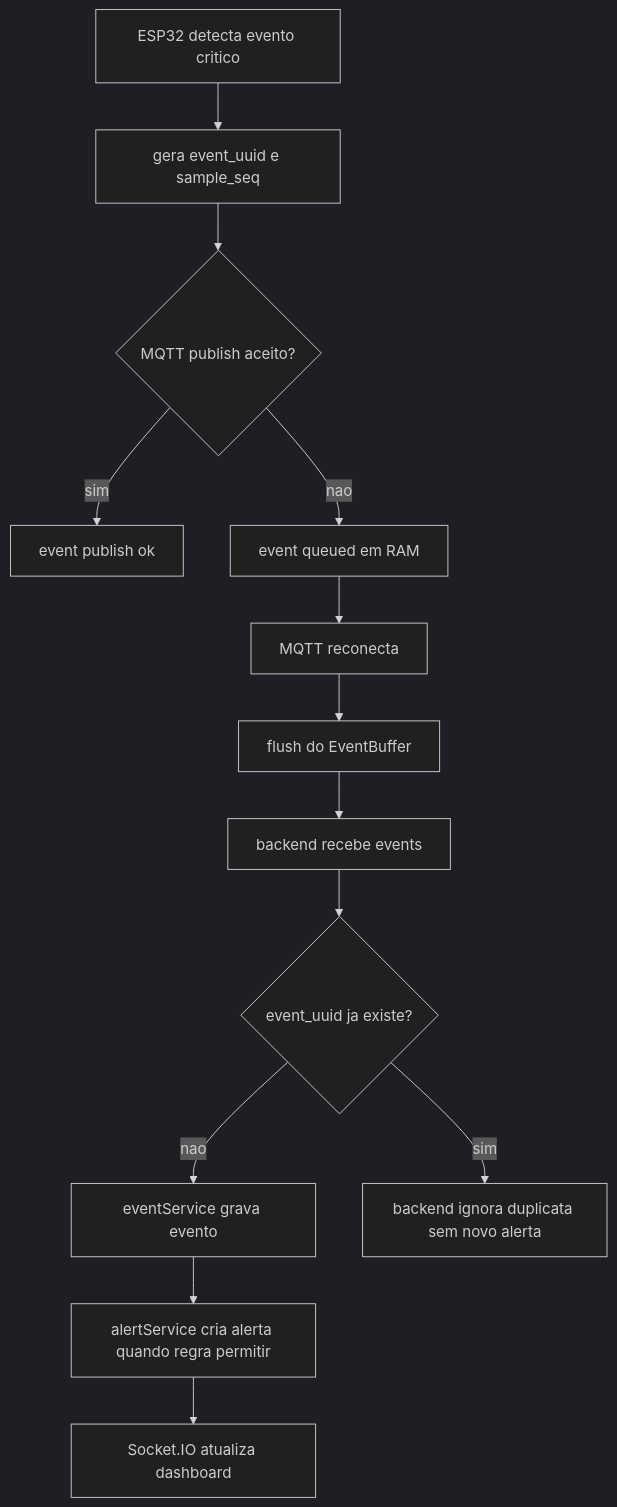
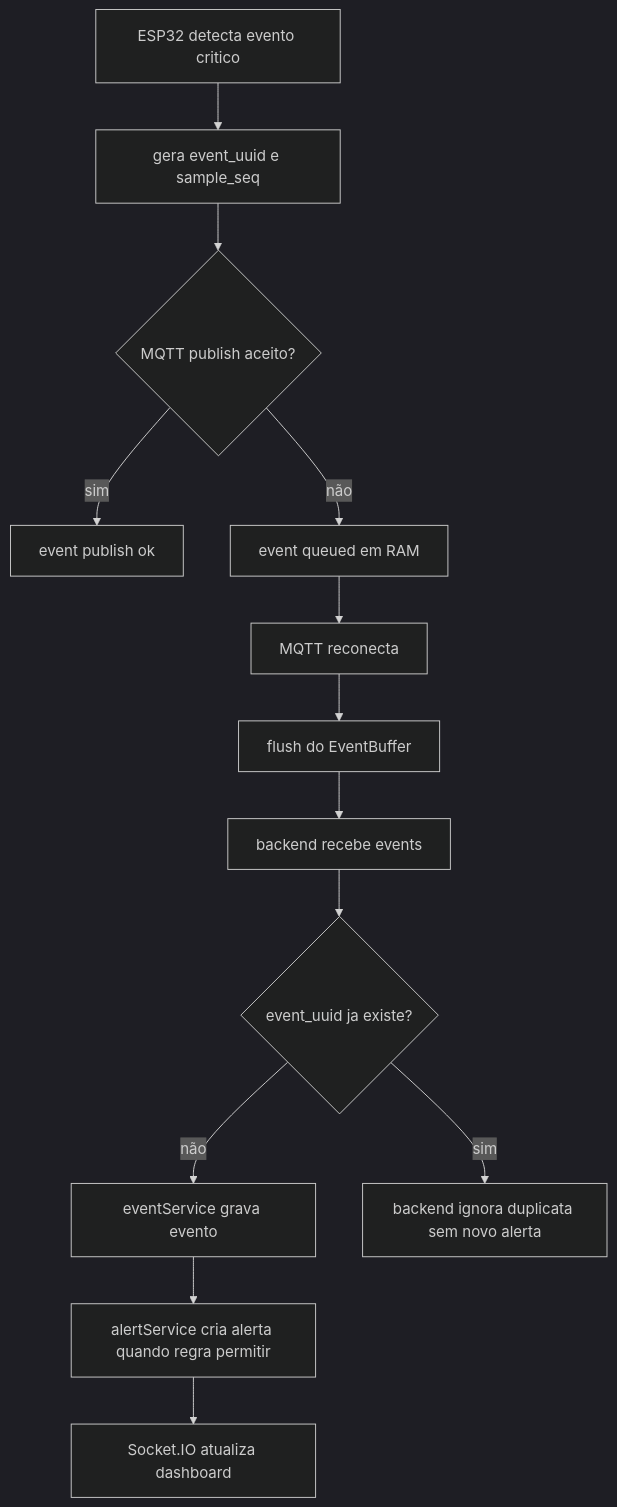
Before and after one commit to Soturine/iot-fall-monitor: the diagram in docs/firmware-hardware.md, drawn with Mermaid (dark theme). The commit also changed other lines of this file and 7 other files, not shown here.

````diff
--- a/docs/firmware-hardware.md
+++ b/docs/firmware-hardware.md
@@ -423,15 +423,15 @@
 ```mermaid
 flowchart TD
   A[ESP32 detecta evento critico] --> B[gera event_uuid e sample_seq]
   B --> C{MQTT publish aceito?}
   C -->|sim| D[event publish ok]
-  C -->|nao| E[event queued em RAM]
+  C -->|não| E[event queued em RAM]
   E --> F[MQTT reconecta]
   F --> G[flush do EventBuffer]
   G --> H[backend recebe events]
   H --> I{event_uuid ja existe?}
-  I -->|nao| J[eventService grava evento]
+  I -->|não| J[eventService grava evento]
   J --> K[alertService cria alerta quando regra permitir]
   K --> L[Socket.IO atualiza dashboard]
   I -->|sim| M[backend ignora duplicata sem novo alerta]
 ```
````
